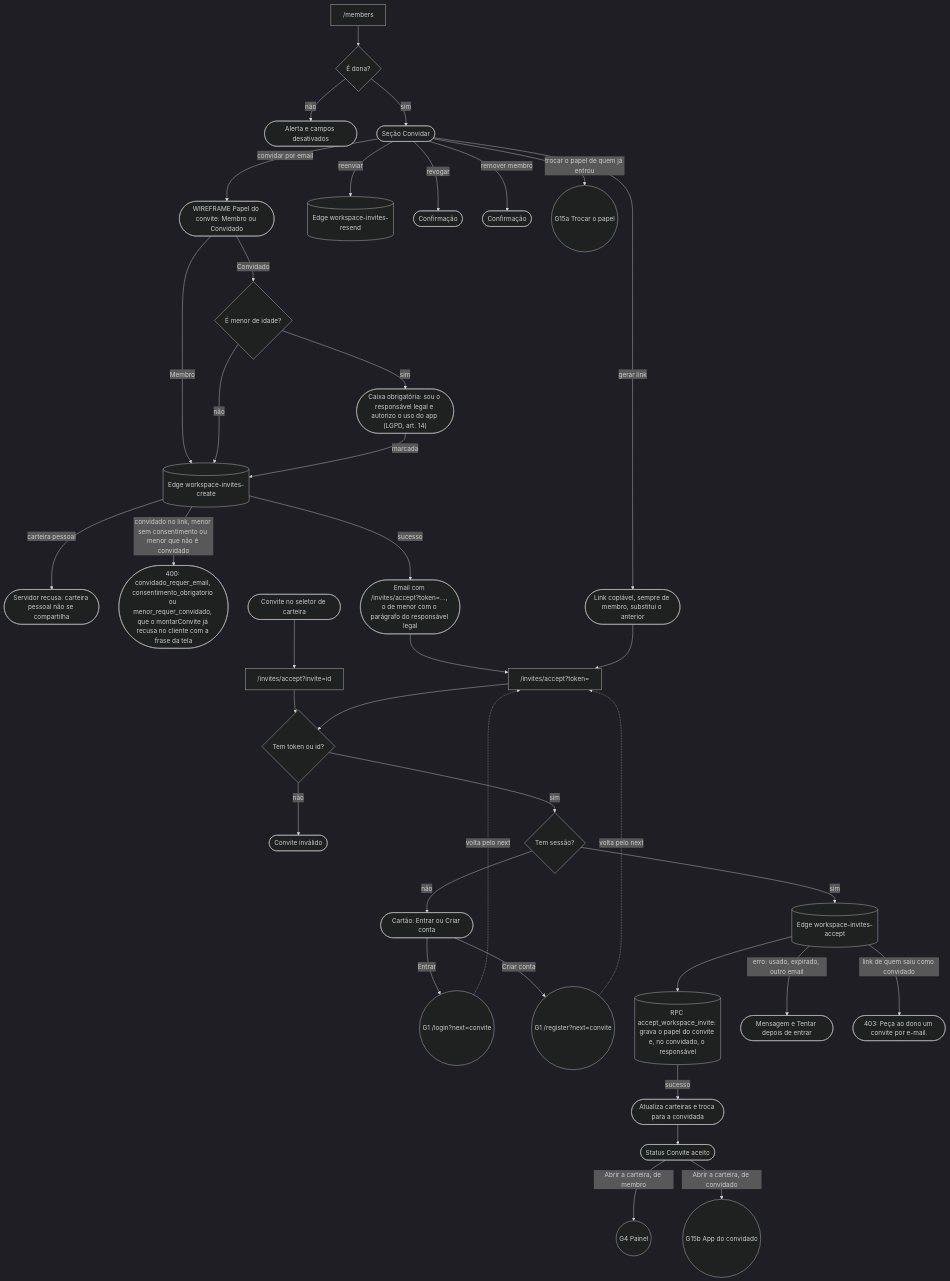
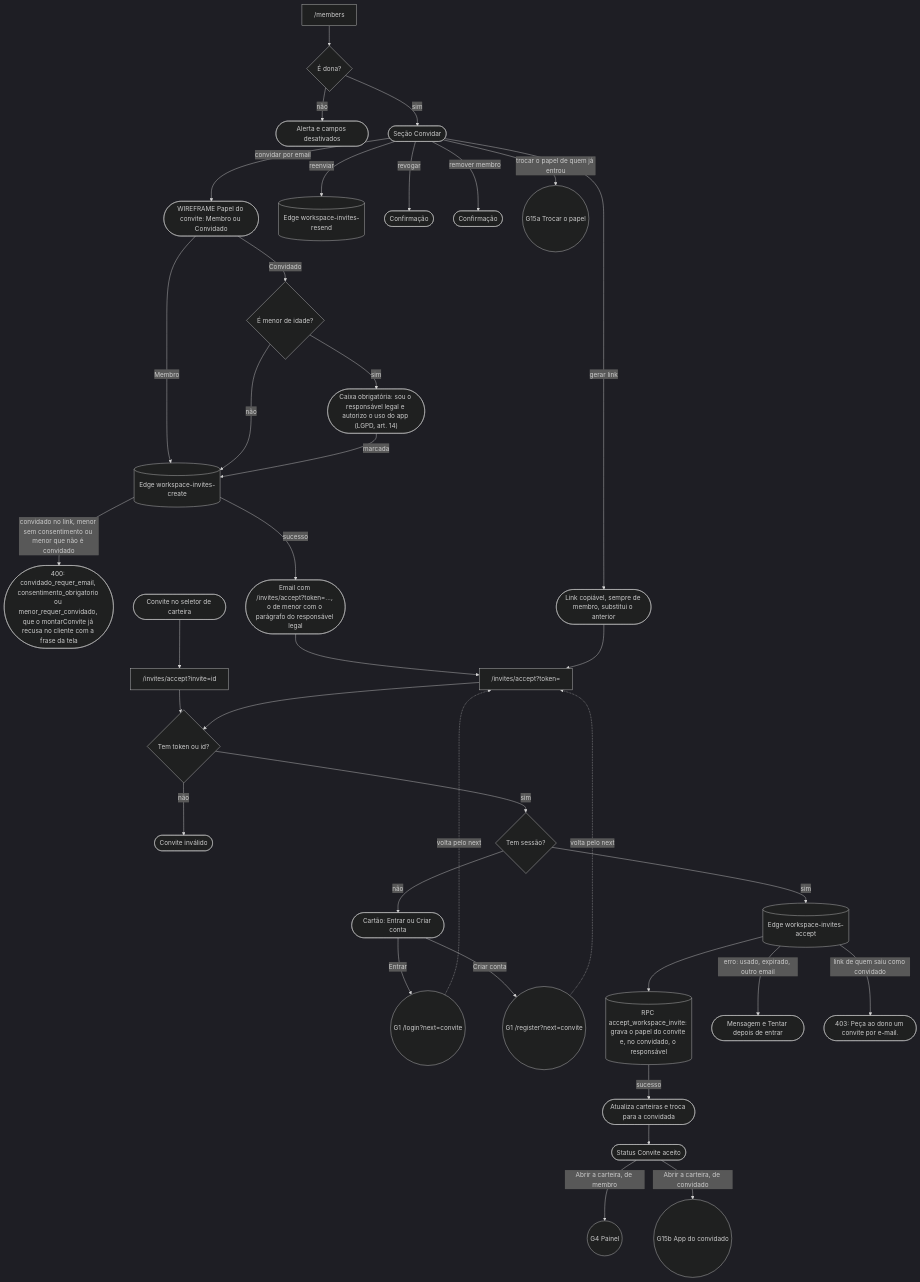
One commit to kauax2000/finance_app changed the fifth of 31 diagrams in docs/JORNADAS.md. Above: the diagram before and after it, drawn with Mermaid. The commit also changed other lines of this file and 7 other files, not shown here.

Commit message:
feat(carteira): toda carteira divide e convida, e a primeira só não se apaga

````diff
--- a/docs/JORNADAS.md
+++ b/docs/JORNADAS.md
@@ -331,42 +331,41 @@
 ```mermaid
 %%{init: {"theme": "dark"}}%%
 flowchart TD
     members["/members"] --> isOwner{"É dona?"}
     isOwner -->|"não"| readonly(["Alerta e campos desativados"])
     isOwner -->|"sim"| actions(["Seção Convidar"])
     actions -->|"convidar por email"| papel(["WIREFRAME Papel do convite: Membro ou Convidado"])
     papel -->|"Membro"| create[("Edge workspace-invites-create")]
     papel -->|"Convidado"| menorQ{"É menor de idade?"}
     menorQ -->|"não"| create
     menorQ -->|"sim"| consent(["Caixa obrigatória: sou o responsável legal e autorizo o uso do app (LGPD, art. 14)"])
     consent -->|"marcada"| create
-    create -->|"carteira pessoal"| rejected(["Servidor recusa: carteira pessoal não se compartilha"])
     create -->|"convidado no link, menor sem consentimento ou menor que não é convidado"| recusa(["400: convidado_requer_email, consentimento_obrigatorio ou menor_requer_convidado, que o montarConvite já recusa no cliente com a frase da tela"])
     create -->|"sucesso"| mail(["Email com /invites/accept?token=..., o de menor com o parágrafo do responsável legal"])
     actions -->|"gerar link"| link(["Link copiável, sempre de membro, substitui o anterior"])
     actions -->|"reenviar"| resend[("Edge workspace-invites-resend")]
     actions -->|"revogar"| revoke(["Confirmação"])
     actions -->|"remover membro"| remove(["Confirmação"])
     actions -->|"trocar o papel de quem já entrou"| G15a(("G15a Trocar o papel"))
 
     mail --> acceptPage["/invites/accept?token="]
     link --> acceptPage
     picker(["Convite no seletor de carteira"]) --> acceptById["/invites/accept?invite=id"]
     acceptById --> hasToken
     acceptPage --> hasToken{"Tem token ou id?"}
     hasToken -->|"não"| invalid(["Convite inválido"])
     hasToken -->|"sim"| logged{"Tem sessão?"}
     logged -->|"não"| gate(["Cartão: Entrar ou Criar conta"])
     gate -->|"Entrar"| login(("G1 /login?next=convite"))
     gate -->|"Criar conta"| register(("G1 /register?next=convite"))
     login -.->|"volta pelo next"| acceptPage
     register -.->|"volta pelo next"| acceptPage
     logged -->|"sim"| acceptFn[("Edge workspace-invites-accept")]
     acceptFn --> grava[("RPC accept_workspace_invite: grava o papel do convite e, no convidado, o responsável")]
     acceptFn -->|"erro: usado, expirado, outro email"| fail(["Mensagem e Tentar depois de entrar"])
     acceptFn -->|"link de quem saiu como convidado"| exConv(["403: Peça ao dono um convite por e-mail."])
     grava -->|"sucesso"| switched(["Atualiza carteiras e troca para a convidada"])
     switched --> accepted(["Status Convite aceito"])
     accepted -->|"Abrir a carteira, de membro"| dash(("G4 Painel"))
     accepted -->|"Abrir a carteira, de convidado"| guest(("G15b App do convidado"))
 ```
````
